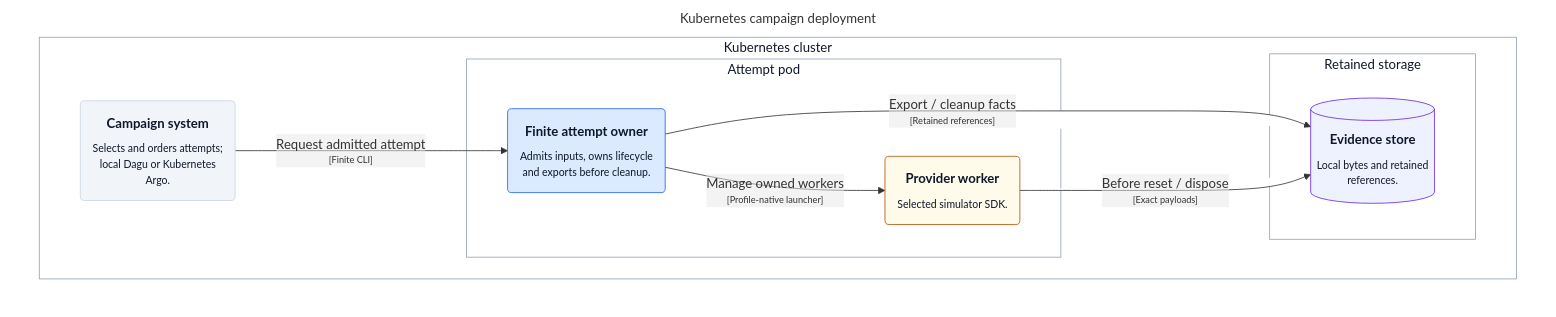
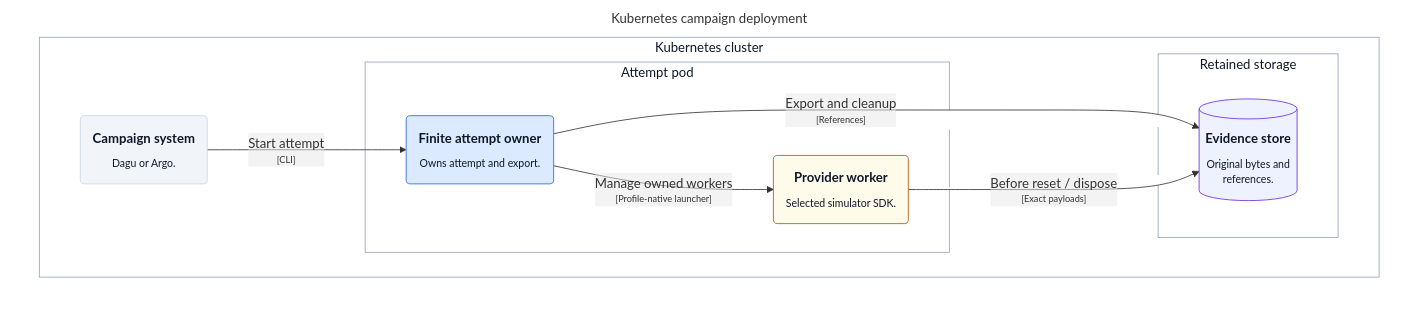
Before and after one commit to mmkolpakov/robotics-runtime: the diagram in docs/architecture/generated/structurizr-DevelopmentDeployment.mmd, drawn with Mermaid. The commit also changed 19 other files, not shown here.

Commit message:
docs: clarify attempt lifecycle and overview

```diff
--- a/docs/architecture/generated/structurizr-DevelopmentDeployment.mmd
+++ b/docs/architecture/generated/structurizr-DevelopmentDeployment.mmd
@@ -1,35 +1,35 @@
 graph TB
   linkStyle default fill:#ffffff
 
   subgraph diagram ["Kubernetes campaign deployment"]
     style diagram fill:#ffffff,stroke:#ffffff
 
     subgraph 74 ["Kubernetes cluster"]
       style 74 fill:#ffffff,stroke:#94a3b8,color:#0f172a
 
-      75("<div style='font-weight: bold'>Campaign system</div><div style='font-size: 80%; margin-top:10px'>Selects and orders attempts;<br />local Dagu or Kubernetes<br />Argo.</div>")
+      75("<div style='font-weight: bold'>Campaign system</div><div style='font-size: 80%; margin-top:10px'>Dagu or Argo.</div>")
       style 75 fill:#f1f5f9,stroke:#cbd5e1,color:#0f172a
       subgraph 76 ["Attempt pod"]
         style 76 fill:#ffffff,stroke:#94a3b8,color:#0f172a
 
-        77("<div style='font-weight: bold'>Finite attempt owner</div><div style='font-size: 80%; margin-top:10px'>Admits inputs, owns lifecycle<br />and exports before cleanup.</div>")
+        77("<div style='font-weight: bold'>Finite attempt owner</div><div style='font-size: 80%; margin-top:10px'>Owns attempt and export.</div>")
         style 77 fill:#dbeafe,stroke:#2563eb,color:#0f172a
         79("<div style='font-weight: bold'>Provider worker</div><div style='font-size: 80%; margin-top:10px'>Selected simulator SDK.</div>")
         style 79 fill:#fffbeb,stroke:#b45309,color:#0f172a
       end
 
       subgraph 81 ["Retained storage"]
         style 81 fill:#ffffff,stroke:#94a3b8,color:#0f172a
 
-        82[("<div style='font-weight: bold'>Evidence store</div><div style='font-size: 80%; margin-top:10px'>Local bytes and retained<br />references.</div>")]
+        82[("<div style='font-weight: bold'>Evidence store</div><div style='font-size: 80%; margin-top:10px'>Original bytes and<br />references.</div>")]
         style 82 fill:#eef2ff,stroke:#6d28d9,color:#0f172a
       end
 
     end
 
-    75-- "<div>Request admitted attempt</div><div style='font-size: 70%'>[Finite CLI]</div>" -->77
+    75-- "<div>Start attempt</div><div style='font-size: 70%'>[CLI]</div>" -->77
     77-- "<div>Manage owned workers</div><div style='font-size: 70%'>[Profile-native launcher]</div>" -->79
-    77-- "<div>Export / cleanup facts</div><div style='font-size: 70%'>[Retained references]</div>" -->82
+    77-- "<div>Export and cleanup</div><div style='font-size: 70%'>[References]</div>" -->82
     79-- "<div>Before reset / dispose</div><div style='font-size: 70%'>[Exact payloads]</div>" -->82
 
   end
```
